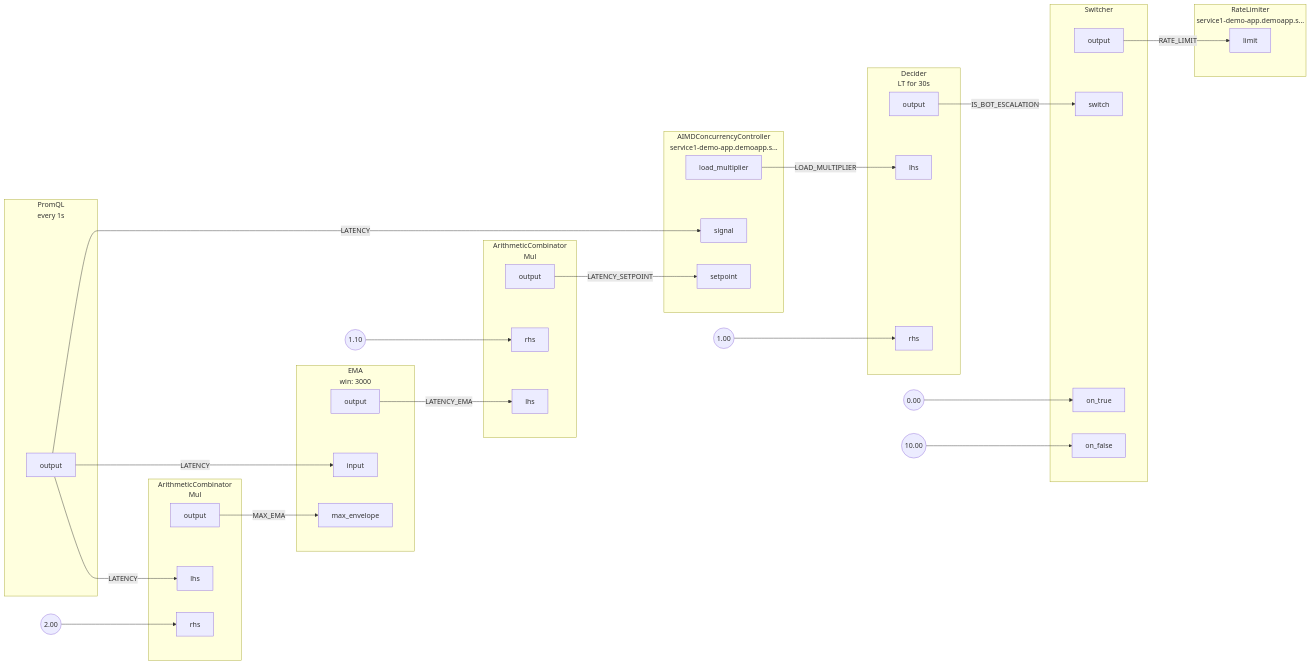
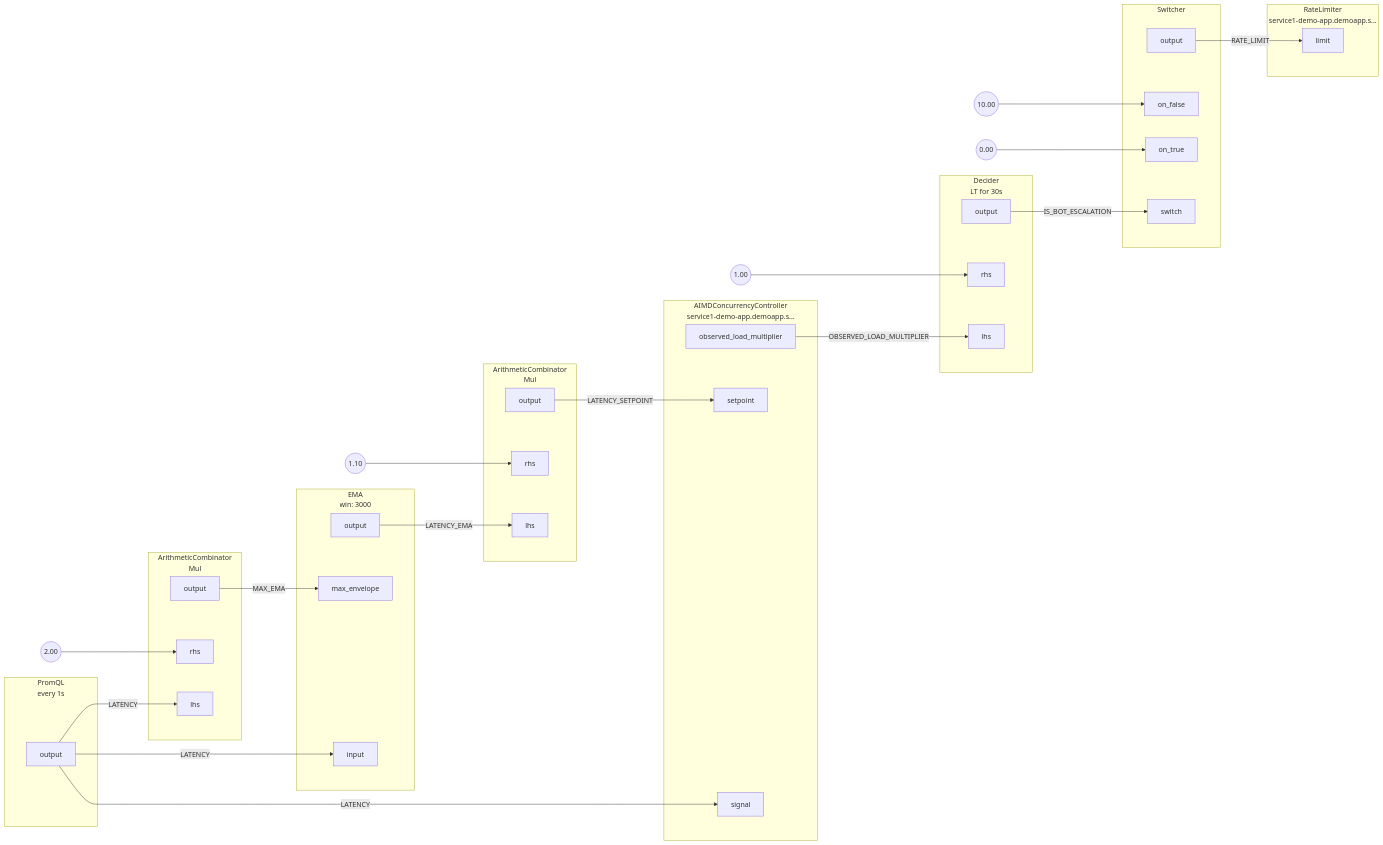
The diagram in docs/content/tutorials/integrations/flow-control/concurrency-limiting/assets/rate-limiting-escalation/rate-limiting-escalation.mmd (dataongunlaws/aperture), drawn with Mermaid before and after one commit. The commit also changed 33 other files, not shown here.

Commit message:
aimd_concurrency_limiter: use load multiplier as control variable (#1385)

```diff
--- a/docs/content/tutorials/integrations/flow-control/concurrency-limiting/assets/rate-limiting-escalation/rate-limiting-escalation.mmd
+++ b/docs/content/tutorials/integrations/flow-control/concurrency-limiting/assets/rate-limiting-escalation/rate-limiting-escalation.mmd
@@ -1,99 +1,99 @@
 flowchart LR
 subgraph root.0[<center>PromQL<br/>every 1s</center>]
 subgraph root.0_outports[ ]
 style root.0_outports fill:none,stroke:none
 root.0output[output]
 end
 end
 FakeConstant0((2.00))
 FakeConstant0 --> root.1rhs
 subgraph root.1[<center>ArithmeticCombinator<br/>Mul</center>]
 subgraph root.1_inports[ ]
 style root.1_inports fill:none,stroke:none
 root.1lhs[lhs]
 root.1rhs[rhs]
 end
 subgraph root.1_outports[ ]
 style root.1_outports fill:none,stroke:none
 root.1output[output]
 end
 end
 FakeConstant1((1.10))
 FakeConstant1 --> root.2rhs
 subgraph root.2[<center>ArithmeticCombinator<br/>Mul</center>]
 subgraph root.2_inports[ ]
 style root.2_inports fill:none,stroke:none
 root.2lhs[lhs]
 root.2rhs[rhs]
 end
 subgraph root.2_outports[ ]
 style root.2_outports fill:none,stroke:none
 root.2output[output]
 end
 end
 subgraph root.3[<center>EMA<br/>win: 3000</center>]
 subgraph root.3_inports[ ]
 style root.3_inports fill:none,stroke:none
+root.3max_envelope[max_envelope]
 root.3input[input]
-root.3max_envelope[max_envelope]
 end
 subgraph root.3_outports[ ]
 style root.3_outports fill:none,stroke:none
 root.3output[output]
 end
 end
 subgraph root.4[<center>AIMDConcurrencyController<br/>service1-demo-app.demoapp.s...</center>]
 subgraph root.4_inports[ ]
 style root.4_inports fill:none,stroke:none
 root.4setpoint[setpoint]
 root.4signal[signal]
 end
 subgraph root.4_outports[ ]
 style root.4_outports fill:none,stroke:none
-root.4load_multiplier[load_multiplier]
+root.4observed_load_multiplier[observed_load_multiplier]
 end
 end
 FakeConstant2((1.00))
 FakeConstant2 --> root.5rhs
 subgraph root.5[<center>Decider<br/>LT for 30s</center>]
 subgraph root.5_inports[ ]
 style root.5_inports fill:none,stroke:none
 root.5lhs[lhs]
 root.5rhs[rhs]
 end
 subgraph root.5_outports[ ]
 style root.5_outports fill:none,stroke:none
 root.5output[output]
 end
 end
-FakeConstant3((0.00))
-FakeConstant3 --> root.6on_true
-FakeConstant4((10.00))
-FakeConstant4 --> root.6on_false
+FakeConstant3((10.00))
+FakeConstant3 --> root.6on_false
+FakeConstant4((0.00))
+FakeConstant4 --> root.6on_true
 subgraph root.6[Switcher]
 subgraph root.6_inports[ ]
 style root.6_inports fill:none,stroke:none
+root.6on_false[on_false]
 root.6switch[switch]
 root.6on_true[on_true]
-root.6on_false[on_false]
 end
 subgraph root.6_outports[ ]
 style root.6_outports fill:none,stroke:none
 root.6output[output]
 end
 end
 subgraph root.7[<center>RateLimiter<br/>service1-demo-app.demoapp.s...</center>]
 subgraph root.7_inports[ ]
 style root.7_inports fill:none,stroke:none
 root.7limit[limit]
 end
 end
 root.0output --> |LATENCY| root.1lhs
 root.0output --> |LATENCY| root.3input
 root.0output --> |LATENCY| root.4signal
 root.1output --> |MAX_EMA| root.3max_envelope
+root.3output --> |LATENCY_EMA| root.2lhs
+root.4observed_load_multiplier --> |OBSERVED_LOAD_MULTIPLIER| root.5lhs
+root.5output --> |IS_BOT_ESCALATION| root.6switch
 root.2output --> |LATENCY_SETPOINT| root.4setpoint
-root.3output --> |LATENCY_EMA| root.2lhs
-root.4load_multiplier --> |LOAD_MULTIPLIER| root.5lhs
-root.5output --> |IS_BOT_ESCALATION| root.6switch
 root.6output --> |RATE_LIMIT| root.7limit
```
